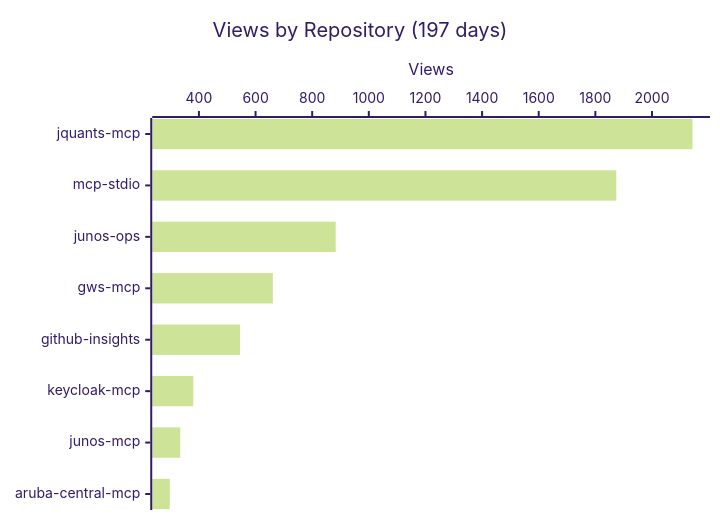
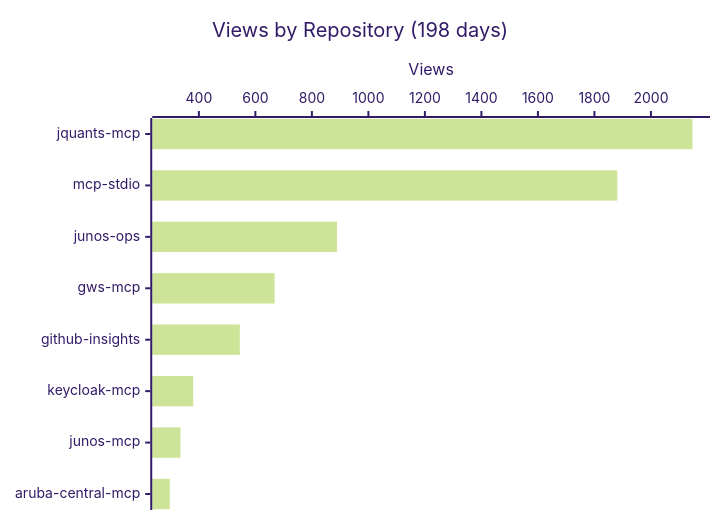
The first of 4 diagrams in README.md (shigechika/github-insights), drawn with Mermaid (forest theme) before and after one commit. The commit also changed other lines of this file and 2 other files, not shown here.

````diff
--- a/README.md
+++ b/README.md
@@ -18,7 +18,7 @@
 ```mermaid
 xychart-beta horizontal
-    title "Views by Repository (197 days)"
+    title "Views by Repository (198 days)"
     x-axis ["jquants-mcp", "mcp-stdio", "junos-ops", "gws-mcp", "github-insights", "keycloak-mcp", "junos-mcp", "aruba-central-mcp"]
     y-axis "Views"
-    bar [2143, 1874, 883, 661, 545, 380, 334, 297]
+    bar [2147, 1881, 889, 668, 545, 380, 335, 297]
 ```
````
